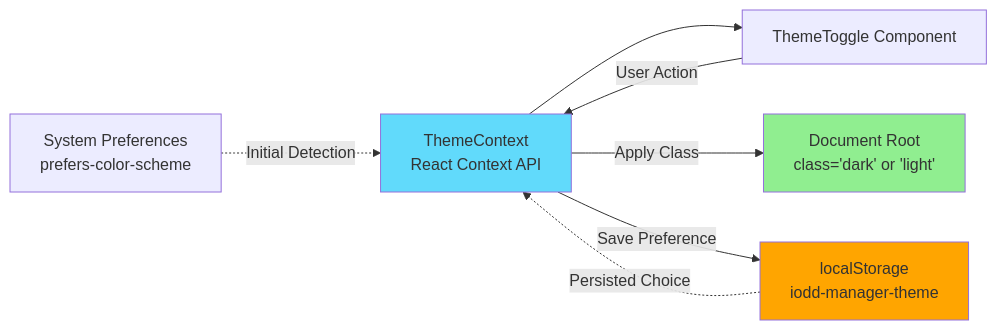
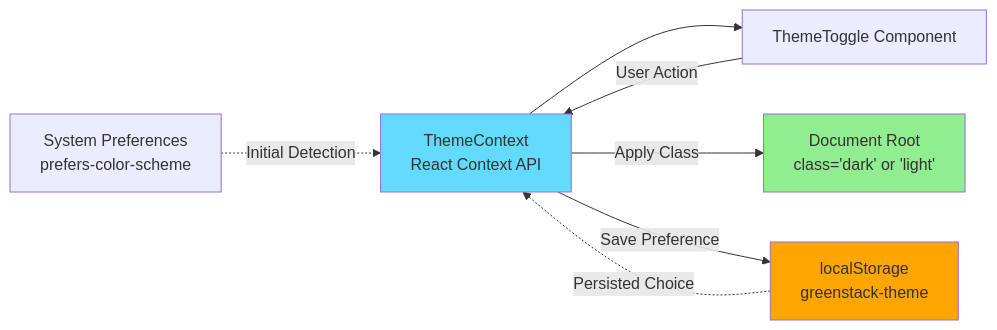
One commit to ME-Catalyst/iodd-manager changed diagram 14 of 29 in docs/architecture/ARCHITECTURE.md. Above: the diagram before and after it, drawn with Mermaid. The commit also changed other lines of this file and 69 other files, not shown here.

First line of the commit message:
Complete rebrand from IODD Manager to Greenstack

````diff
--- a/docs/architecture/ARCHITECTURE.md
+++ b/docs/architecture/ARCHITECTURE.md
@@ -841,19 +841,19 @@
 ```mermaid
 graph LR
     System[System Preferences<br/>prefers-color-scheme]
-    Storage[localStorage<br/>iodd-manager-theme]
+    Storage[localStorage<br/>greenstack-theme]
     Context[ThemeContext<br/>React Context API]
     Toggle[ThemeToggle Component]
     DOM[Document Root<br/>class='dark' or 'light']
 
     System -.->|Initial Detection| Context
     Storage -.->|Persisted Choice| Context
     Context --> Toggle
     Toggle -->|User Action| Context
     Context -->|Apply Class| DOM
     Context -->|Save Preference| Storage
 
     style Context fill:#61dafb
     style Storage fill:#ffa500
     style DOM fill:#90EE90
 ```
````
